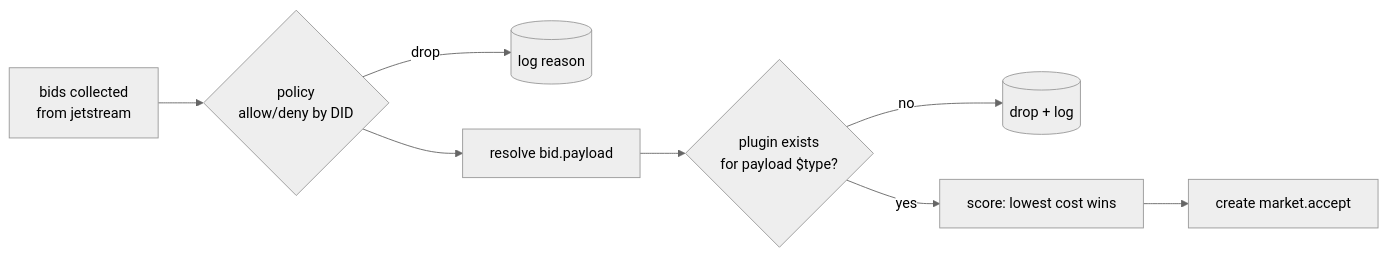
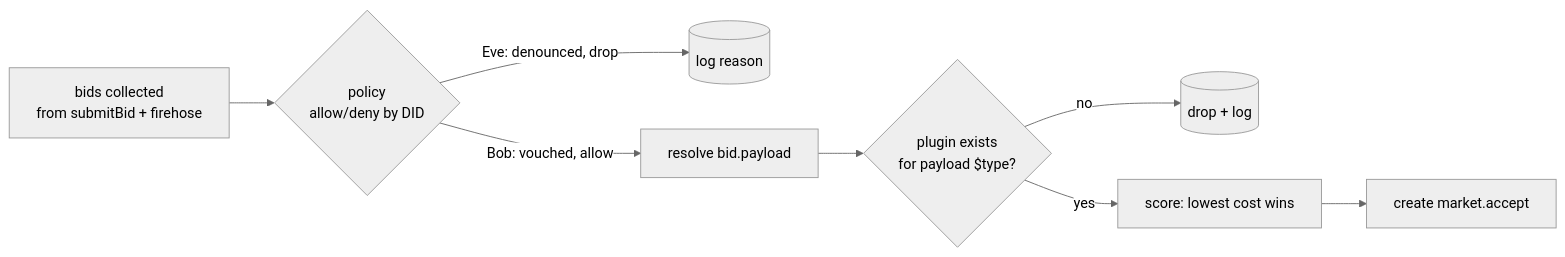
One commit to johnandersen777/compute-contract changed the fourth of 7 diagrams in README.md. Above: the diagram before and after it, drawn with Mermaid (neutral theme). The commit also changed other lines of this file, not shown here.

````diff
--- a/README.md
+++ b/README.md
@@ -291,10 +347,10 @@
 ```mermaid
 flowchart LR
-    A[bids collected<br/>from jetstream] --> P{policy<br/>allow/deny by DID}
-    P -->|drop| X1[(log reason)]
-    P --> R[resolve bid.payload]
+    A[bids collected<br/>from submitBid + firehose] --> P{policy<br/>allow/deny by DID}
+    P -->|Eve: denounced, drop| X1[(log reason)]
+    P -->|Bob: vouched, allow| R[resolve bid.payload]
     R --> H{plugin exists<br/>for payload $type?}
     H -->|no| X2[(drop + log)]
     H -->|yes| S[score: lowest cost wins]
     S --> ACC[create market.accept]
 ```
````
